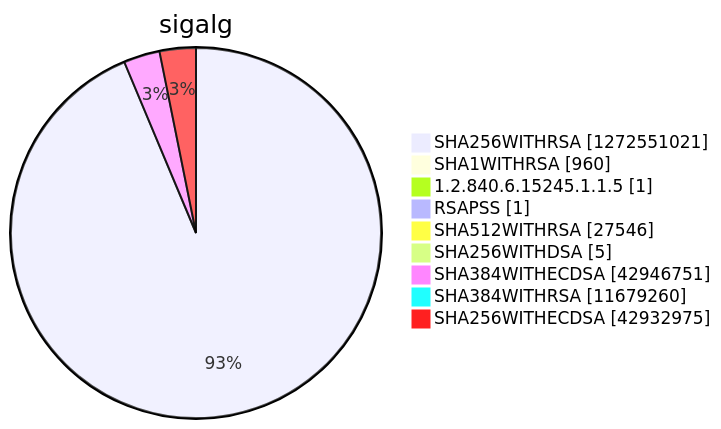
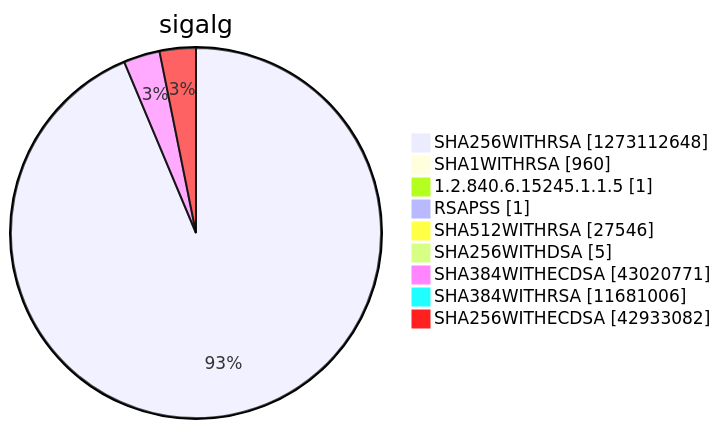
Before and after one commit to christiankrug/ctmonitor_visualization: diagram 15 of 15 in argon2022/README.md, drawn with Mermaid. The commit also changed other lines of this file, not shown here.

````diff
--- a/argon2022/README.md
+++ b/argon2022/README.md
@@ -5522,13 +5522,13 @@
 ```mermaid
 pie showData
 title sigalg
-"SHA256WITHRSA" :1272551021
+"SHA256WITHRSA" :1273112648
 "SHA1WITHRSA" :960
 "1.2.840.6.15245.1.1.5" :1
 "RSAPSS" :1
 "SHA512WITHRSA" :27546
 "SHA256WITHDSA" :5
-"SHA384WITHECDSA" :42946751
-"SHA384WITHRSA" :11679260
-"SHA256WITHECDSA" :42932975
+"SHA384WITHECDSA" :43020771
+"SHA384WITHRSA" :11681006
+"SHA256WITHECDSA" :42933082
 ```
````
